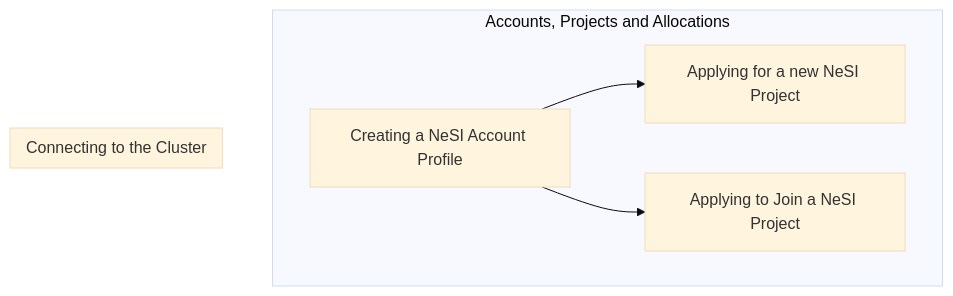
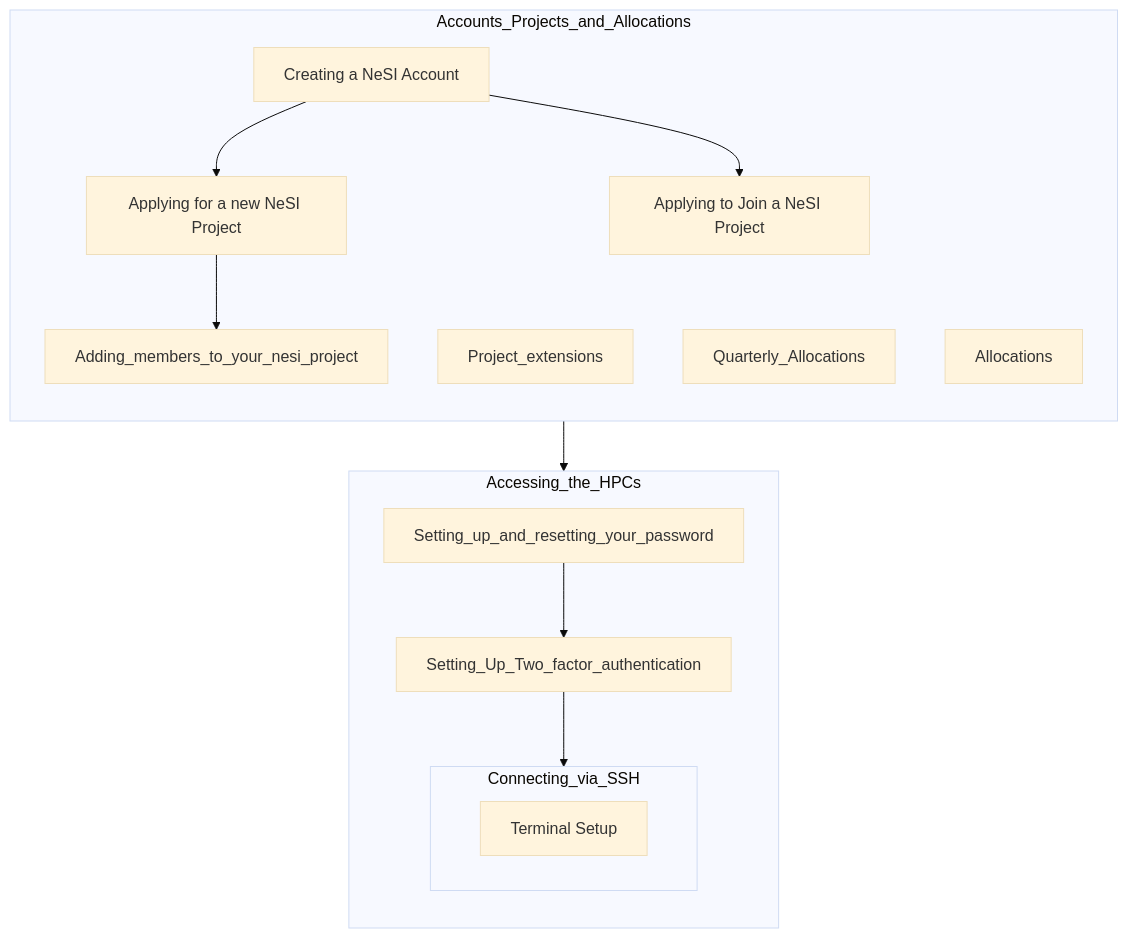
The diagram in docs/Getting_Started/getting_started_flow.md (nesi/support-docs), drawn with Mermaid (base theme) before and after one commit. The commit also changed 33 other files, not shown here.

````diff
--- a/docs/Getting_Started/getting_started_flow.md
+++ b/docs/Getting_Started/getting_started_flow.md
@@ -7,11 +7,24 @@
 ```mermaid
-graph TD
-subgraph "Accounts, Projects and Allocations"
-    A[Creating a NeSI Account Profile] 
-    A-->B[Applying for a new NeSI Project]
-    A-->C[Applying to Join a NeSI Project]
+graph TB
+subgraph A[Accounts_Projects_and_Allocations]
+    direction TB
+    AA[Creating a NeSI Account] 
+    AA-->AB[Applying for a new NeSI Project]
+    AA-->AC[Applying to Join a NeSI Project]
+    AB --> AD[Adding_members_to_your_nesi_project] 
+    AF[Project_extensions]
+    AG[Quarterly_Allocations]
+    AE[Allocations]
 end
-subgraph Connecting to the Cluster
+subgraph B[Accessing_the_HPCs]
+    direction TB
+    BA[Setting_up_and_resetting_your_password]
+    BA-->BB[Setting_Up_Two_factor_authentication]
+    BB --> BC
+    subgraph BC[Connecting_via_SSH]
+        BCA[Terminal Setup] 
+    end
+end
+A --> B
 
-end
 ```
````
